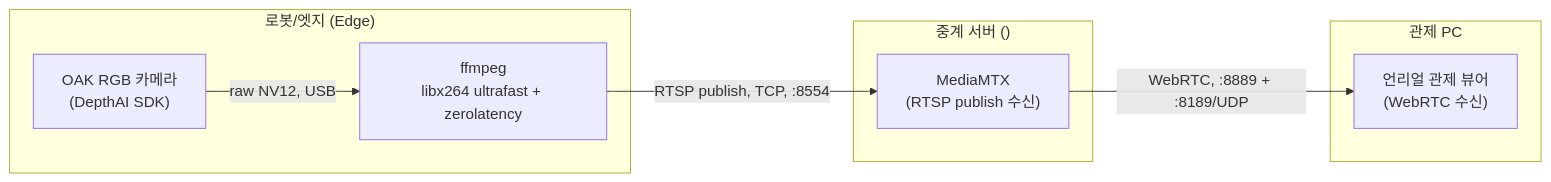
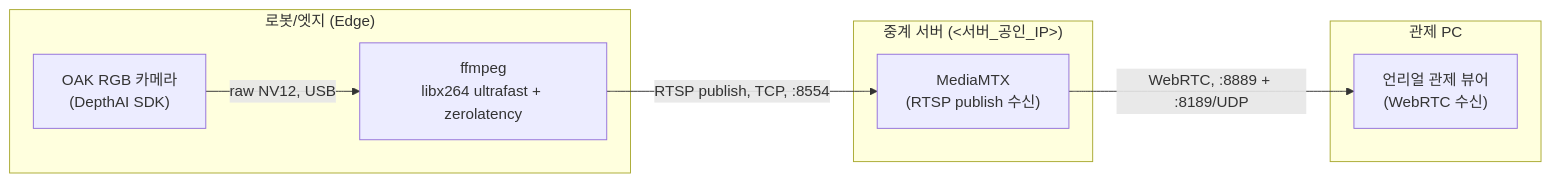
Before and after one commit to Gorani-ros2/ROS2: the diagram in software/protocol/robot-camera-webrtc-streaming.md, drawn with Mermaid. The commit also changed 5 other files, not shown here.

````diff
--- a/software/protocol/robot-camera-webrtc-streaming.md
+++ b/software/protocol/robot-camera-webrtc-streaming.md
@@ -23,19 +23,19 @@
 ```mermaid
 flowchart LR
     subgraph Edge ["로봇/엣지 (Edge)"]
         CAM["OAK RGB 카메라\n(DepthAI SDK)"]
         ENC["ffmpeg\nlibx264 ultrafast + zerolatency"]
         CAM -->|raw NV12, USB| ENC
     end
 
-    subgraph Server ["중계 서버 (<SERVER_IP>)"]
+    subgraph Server ["중계 서버 (<서버_공인_IP>)"]
         MTX["MediaMTX\n(RTSP publish 수신)"]
     end
 
     subgraph Control ["관제 PC"]
         UE["언리얼 관제 뷰어\n(WebRTC 수신)"]
     end
 
     ENC -->|RTSP publish, TCP, :8554| MTX
     MTX -->|WebRTC, :8889 + :8189/UDP| UE
 ```
````
